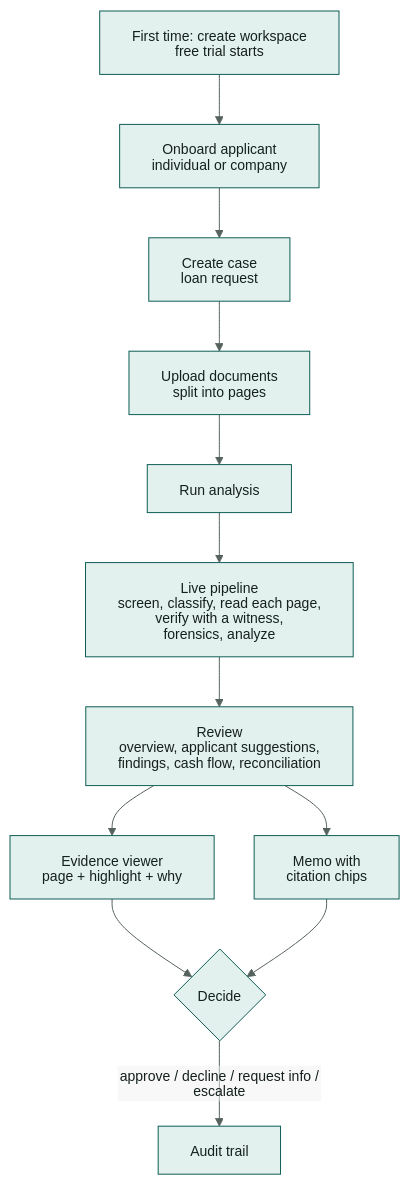
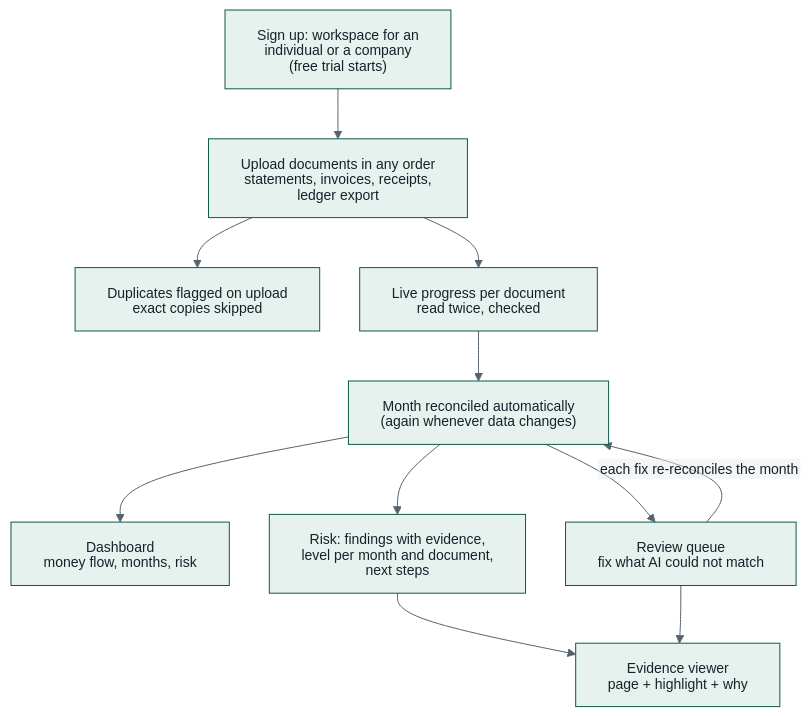
The diagram in docs/03-prd.md (fadlytanjung/kredibel), drawn with Mermaid before and after one commit. The commit also changed other lines of this file and 245 other files, not shown here.

````diff
--- a/docs/03-prd.md
+++ b/docs/03-prd.md
@@ -60,15 +59,14 @@
 ```mermaid
-%%{init: {"theme": "base", "themeVariables": {"fontFamily": "Arial, Helvetica, sans-serif", "fontSize": "14px", "primaryColor": "#E3F1EE", "primaryBorderColor": "#0F5E56", "primaryTextColor": "#14201C", "lineColor": "#55625D", "secondaryColor": "#F0F2EF", "tertiaryColor": "#FFFFFF", "clusterBkg": "#F7F8F6", "clusterBorder": "#B8BFB9", "noteBkgColor": "#FEF0C7", "noteTextColor": "#14201C"}, "htmlLabels": false, "flowchart": {"htmlLabels": false, "padding": 16, "nodeSpacing": 40, "rankSpacing": 50, "wrappingWidth": 220}, "sequence": {"wrap": true, "useMaxWidth": true, "noteFontFamily": "Arial, Helvetica, sans-serif", "messageFontFamily": "Arial, Helvetica, sans-serif", "actorFontFamily": "Arial, Helvetica, sans-serif"}}}%%
+%%{init: {"theme": "base", "themeVariables": {"fontFamily": "Arial, Helvetica, sans-serif", "fontSize": "14px", "primaryColor": "#E7F2EE", "primaryBorderColor": "#0E5A47", "primaryTextColor": "#16212B", "lineColor": "#56636F", "secondaryColor": "#E8ECEE", "tertiaryColor": "#FFFFFF", "clusterBkg": "#F2F4F5", "clusterBorder": "#B9C2CA", "noteBkgColor": "#FFF5D6", "noteTextColor": "#16212B"}, "htmlLabels": false, "flowchart": {"htmlLabels": false, "padding": 16, "nodeSpacing": 40, "rankSpacing": 50, "wrappingWidth": 220}, "sequence": {"wrap": true, "useMaxWidth": true, "noteFontFamily": "Arial, Helvetica, sans-serif", "messageFontFamily": "Arial, Helvetica, sans-serif", "actorFontFamily": "Arial, Helvetica, sans-serif"}}}%%
 flowchart TB
-    W["First time: create workspace<br/>free trial starts"] --> A0["Onboard applicant<br/>individual or company"]
-    A0 --> A["Create case<br/>loan request"]
-    A --> B["Upload documents<br/>split into pages"]
-    B --> C["Run analysis"]
-    C --> D["Live pipeline<br/>screen, classify, read each page,<br/>verify with a witness,<br/>forensics, analyze"]
-    D --> E["Review<br/>overview, applicant suggestions,<br/>findings, cash flow, reconciliation"]
-    E --> F["Evidence viewer<br/>page + highlight + why"]
-    E --> G["Memo with<br/>citation chips"]
-    F --> H{"Decide"}
-    G --> H
-    H -->|approve / decline / request info / escalate| I["Audit trail"]
+    W["Sign up: workspace for an<br/>individual or a company<br/>(free trial starts)"] --> U["Upload documents in any order<br/>statements, invoices, receipts,<br/>ledger export"]
+    U --> D["Duplicates flagged on upload<br/>exact copies skipped"]
+    U --> P["Live progress per document<br/>read twice, checked"]
+    P --> M["Month reconciled automatically<br/>(again whenever data changes)"]
+    M --> H["Dashboard<br/>money flow, months, risk"]
+    M --> Q["Review queue<br/>fix what AI could not match"]
+    M --> K["Risk: findings with evidence,<br/>level per month and document,<br/>next steps"]
+    K --> V["Evidence viewer<br/>page + highlight + why"]
+    Q --> V
+    Q -->|"each fix re-reconciles the month"| M
 ```
````
